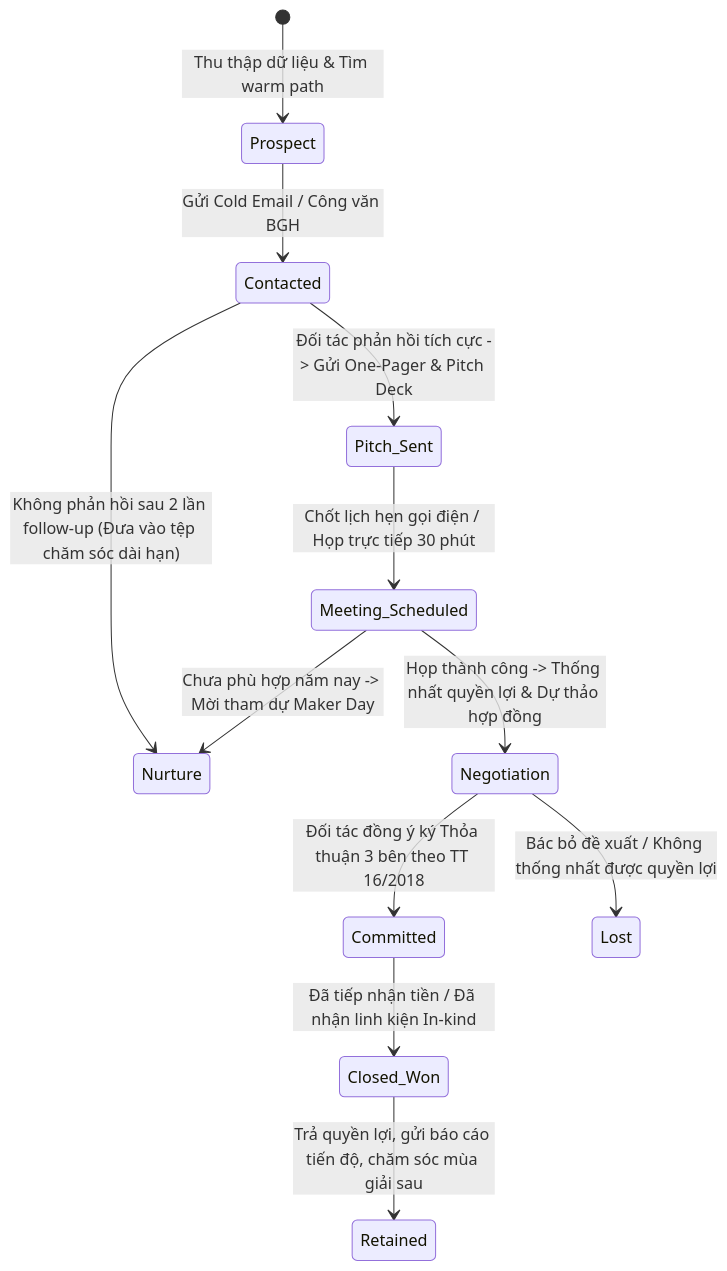
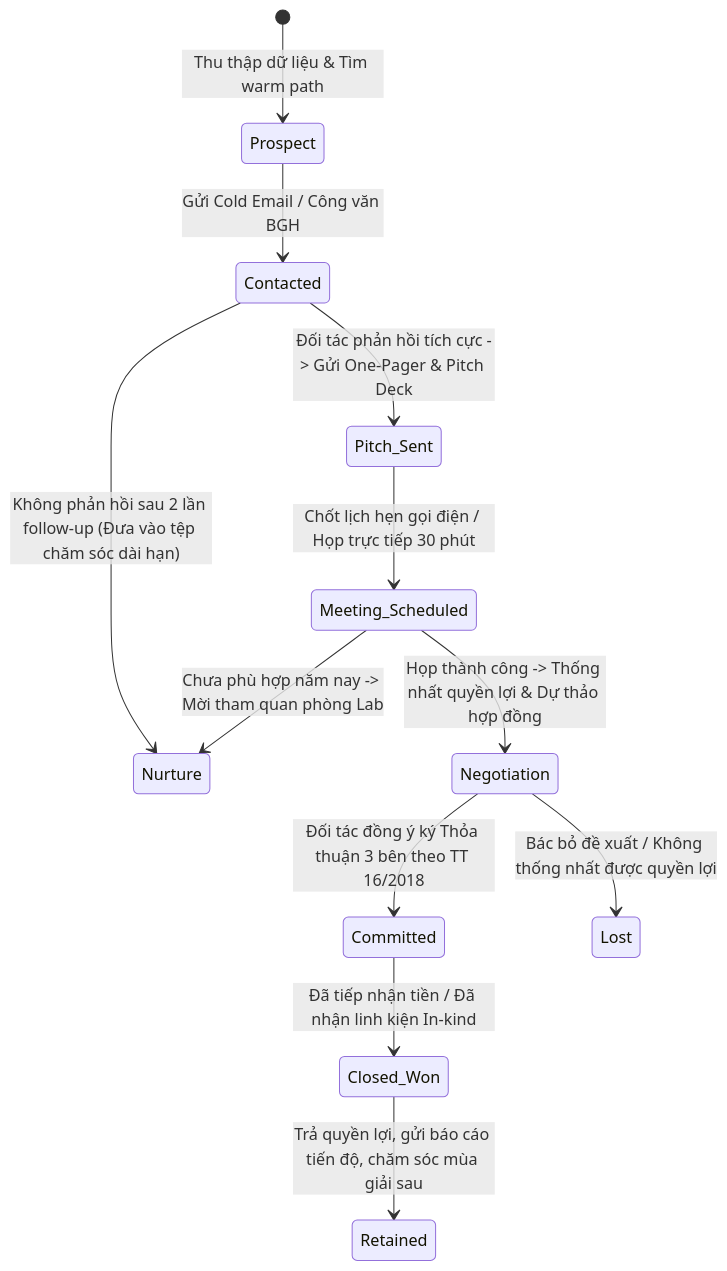
Before and after one commit to Minhmice/roboticssocson: the diagram in docs/campaign-2026-2027/11-crm-prospect.md, drawn with Mermaid. The commit also changed other lines of this file and 367 other files, not shown here.

````diff
--- a/docs/campaign-2026-2027/11-crm-prospect.md
+++ b/docs/campaign-2026-2027/11-crm-prospect.md
@@ -30,14 +30,14 @@
 ```mermaid
 stateDiagram-v2
     [*] --> Prospect : Thu thập dữ liệu & Tìm warm path
     Prospect --> Contacted : Gửi Cold Email / Công văn BGH
     Contacted --> Pitch_Sent : Đối tác phản hồi tích cực -> Gửi One-Pager & Pitch Deck
     Contacted --> Nurture : Không phản hồi sau 2 lần follow-up (Đưa vào tệp chăm sóc dài hạn)
     Pitch_Sent --> Meeting_Scheduled : Chốt lịch hẹn gọi điện / Họp trực tiếp 30 phút
     Meeting_Scheduled --> Negotiation : Họp thành công -> Thống nhất quyền lợi & Dự thảo hợp đồng
-    Meeting_Scheduled --> Nurture : Chưa phù hợp năm nay -> Mời tham dự Maker Day
+    Meeting_Scheduled --> Nurture : Chưa phù hợp năm nay -> Mời tham quan phòng Lab
     Negotiation --> Committed : Đối tác đồng ý ký Thỏa thuận 3 bên theo TT 16/2018
     Negotiation --> Lost : Bác bỏ đề xuất / Không thống nhất được quyền lợi
     Committed --> Closed_Won : Đã tiếp nhận tiền / Đã nhận linh kiện In-kind
     Closed_Won --> Retained : Trả quyền lợi, gửi báo cáo tiến độ, chăm sóc mùa giải sau
 ```
````
